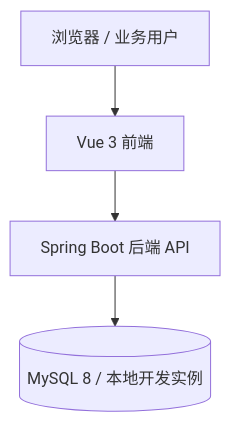
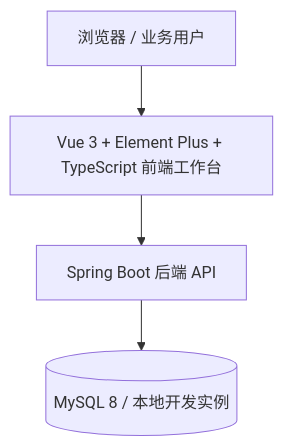
Before and after one commit to zcw199604/java-test: the first of 2 diagrams in helloagents/wiki/arch.md, drawn with Mermaid. The commit also changed other lines of this file and 117 other files, not shown here.

````diff
--- a/helloagents/wiki/arch.md
+++ b/helloagents/wiki/arch.md
@@ -4,6 +4,6 @@
 ```mermaid
 flowchart TD
-    A[浏览器 / 业务用户] --> B[Vue 3 前端]
+    A[浏览器 / 业务用户] --> B[Vue 3 + Element Plus + TypeScript 前端工作台]
     B --> C[Spring Boot 后端 API]
     C --> D[(MySQL 8 / 本地开发实例)]
 ```
````
